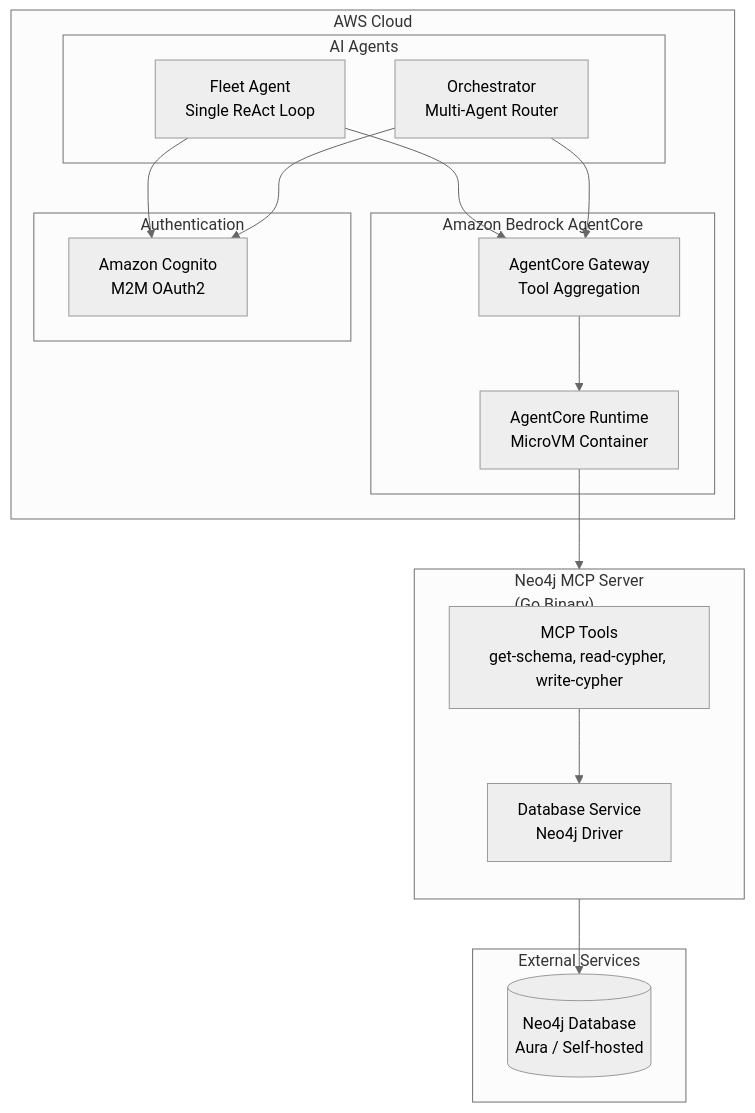
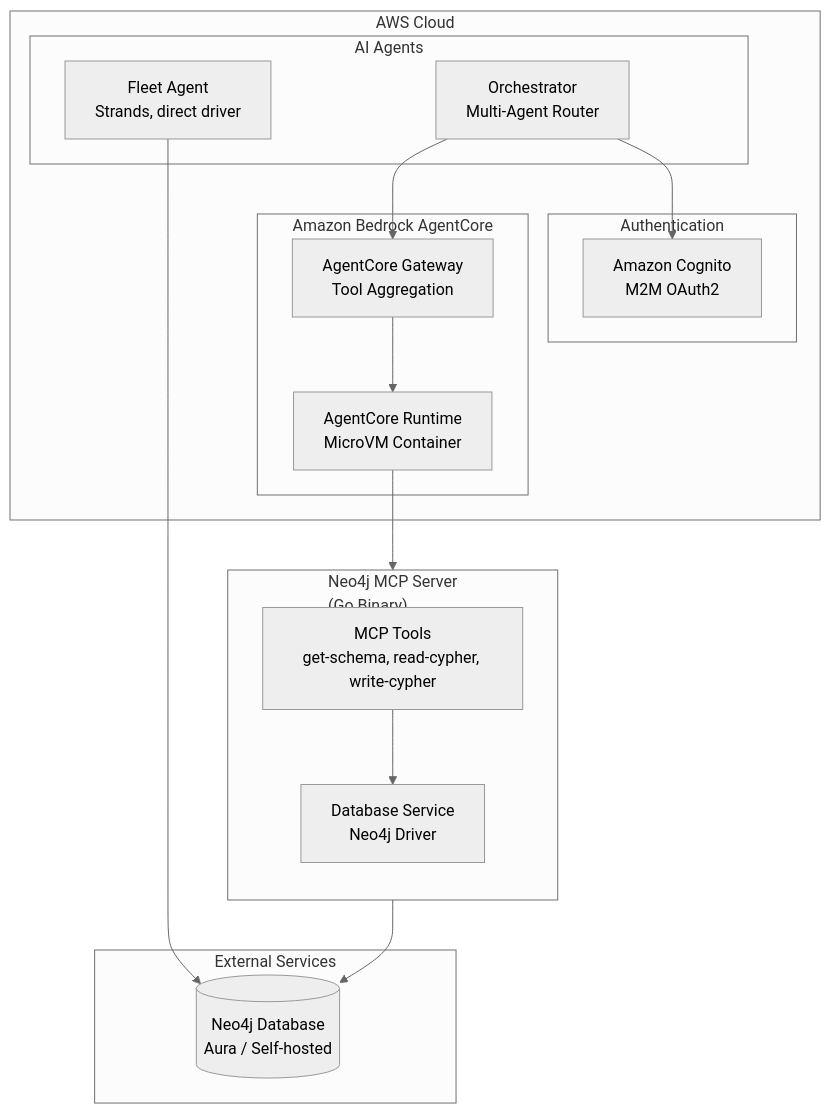
One commit to neo4j-partners/aws-starter changed the first of 10 diagrams in docs/ARCHITECTURE.md. Above: the diagram before and after it, drawn with Mermaid (neutral theme). The commit also changed other lines of this file and 304 other files, not shown here.

````diff
--- a/docs/ARCHITECTURE.md
+++ b/docs/ARCHITECTURE.md
@@ -28,37 +28,36 @@
 ```mermaid
 flowchart TB
     subgraph External["External Services"]
         NEO4J[(Neo4j Database<br/>Aura / Self-hosted)]
     end
 
     subgraph MCP["Neo4j MCP Server<br/>(Go Binary)"]
         direction TB
         TOOLS[MCP Tools<br/>get-schema, read-cypher, write-cypher]
         DB_SVC[Database Service<br/>Neo4j Driver]
         TOOLS --> DB_SVC
     end
 
     subgraph AWS["AWS Cloud"]
         subgraph AgentCore["Amazon Bedrock AgentCore"]
             RUNTIME[AgentCore Runtime<br/>MicroVM Container]
             GATEWAY[AgentCore Gateway<br/>Tool Aggregation]
         end
 
         subgraph Agents["AI Agents"]
-            FLEET[Fleet Agent<br/>Single ReAct Loop]
+            FLEET[Fleet Agent<br/>Strands, direct driver]
             ORCH[Orchestrator<br/>Multi-Agent Router]
         end
 
         subgraph Auth["Authentication"]
             COGNITO[Amazon Cognito<br/>M2M OAuth2]
         end
     end
 
     RUNTIME --> MCP
     MCP --> NEO4J
     GATEWAY --> RUNTIME
-    FLEET --> GATEWAY
+    FLEET --> NEO4J
     ORCH --> GATEWAY
-    FLEET --> COGNITO
     ORCH --> COGNITO
 ```
````
